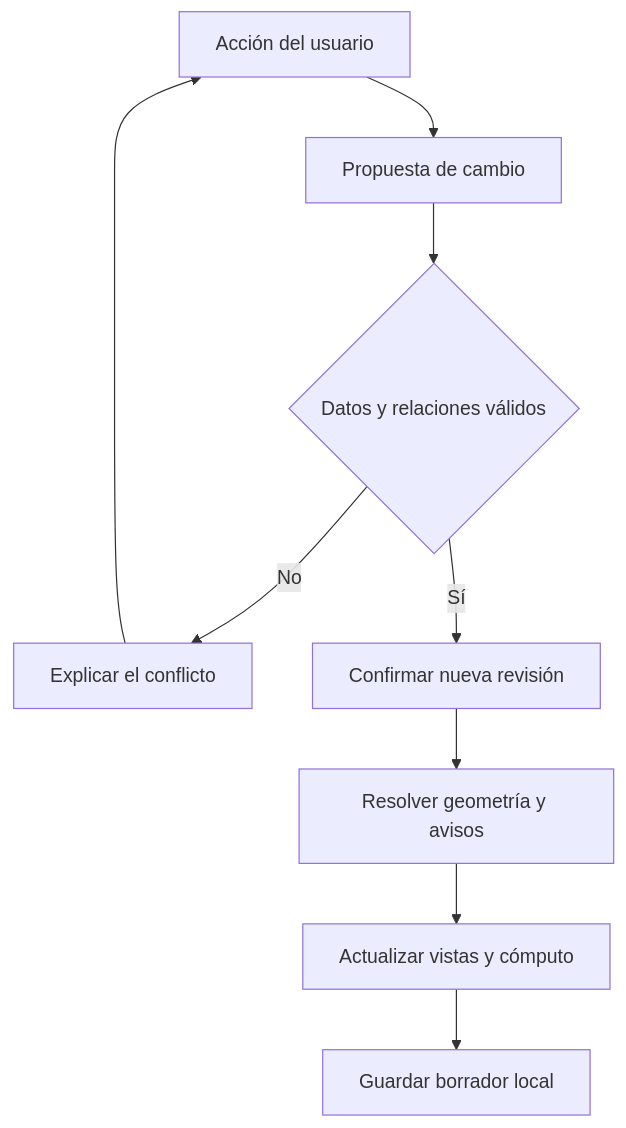
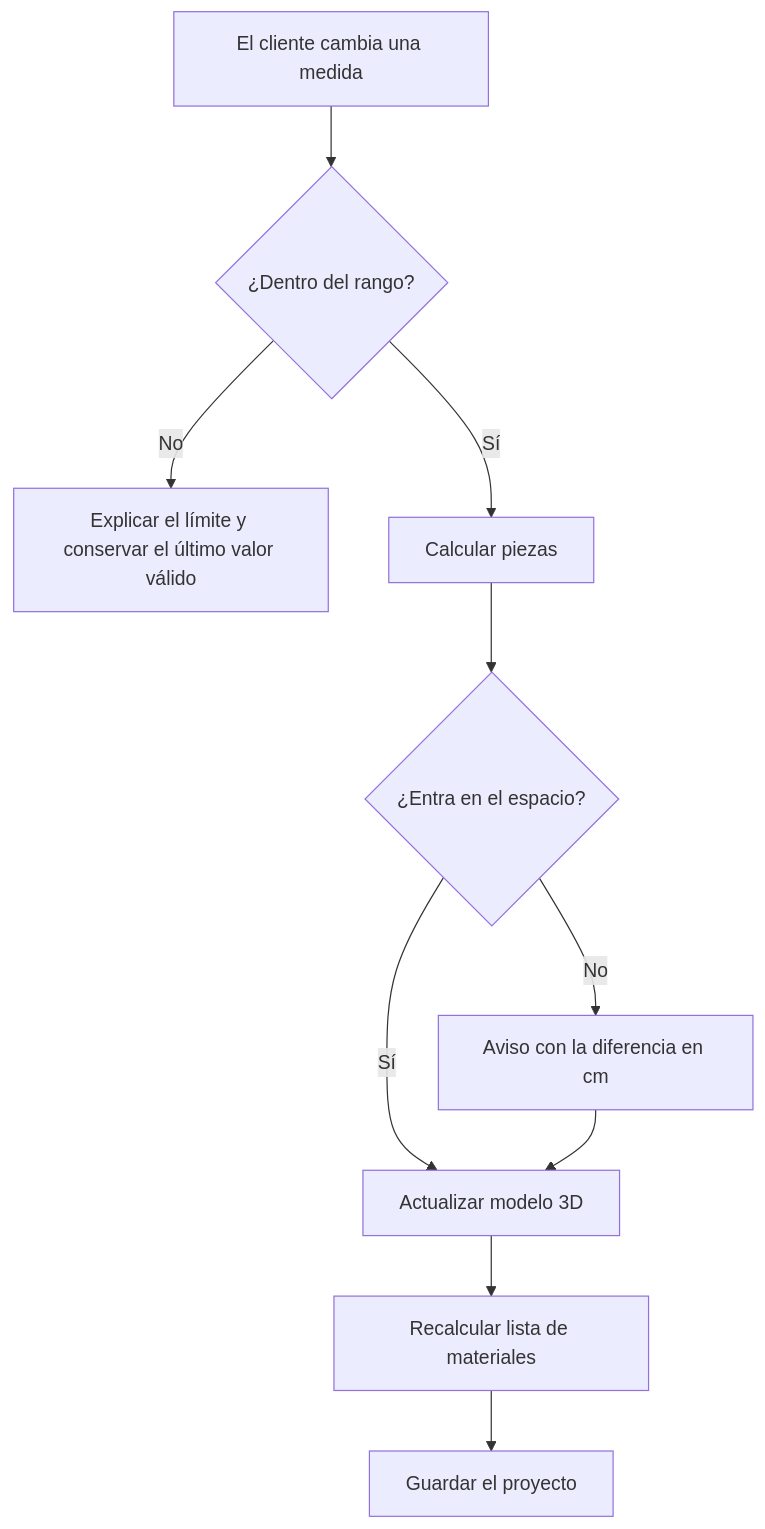
The second of 7 diagrams in doc/04_diseno_y_arquitectura/DOC-04A_flujo_arquitectura.md (AcerrinLab/acerrinLab-data), drawn with Mermaid before and after one commit. The commit also changed other lines of this file, not shown here.

````diff
--- a/doc/04_diseno_y_arquitectura/DOC-04A_flujo_arquitectura.md
+++ b/doc/04_diseno_y_arquitectura/DOC-04A_flujo_arquitectura.md
@@ -96,11 +102,12 @@
 ```mermaid
 flowchart TD
-  A["Acción del usuario"] --> B["Propuesta de cambio"]
-  B --> C{"Datos y relaciones válidos"}
-  C -->|No| X["Explicar el conflicto"]
-  X --> A
-  C -->|Sí| D["Confirmar nueva revisión"]
-  D --> E["Resolver geometría y avisos"]
-  E --> F["Actualizar vistas y cómputo"]
-  F --> G["Guardar borrador local"]
+  A["El cliente cambia una medida"] --> B{"¿Dentro del rango?"}
+  B -->|No| X["Explicar el límite y conservar el último valor válido"]
+  B -->|Sí| C["Calcular piezas"]
+  C --> D{"¿Entra en el espacio?"}
+  D -->|No| W["Aviso con la diferencia en cm"]
+  D -->|Sí| E["Actualizar modelo 3D"]
+  W --> E
+  E --> F["Recalcular lista de materiales"]
+  F --> G["Guardar el proyecto"]
 ```
````
